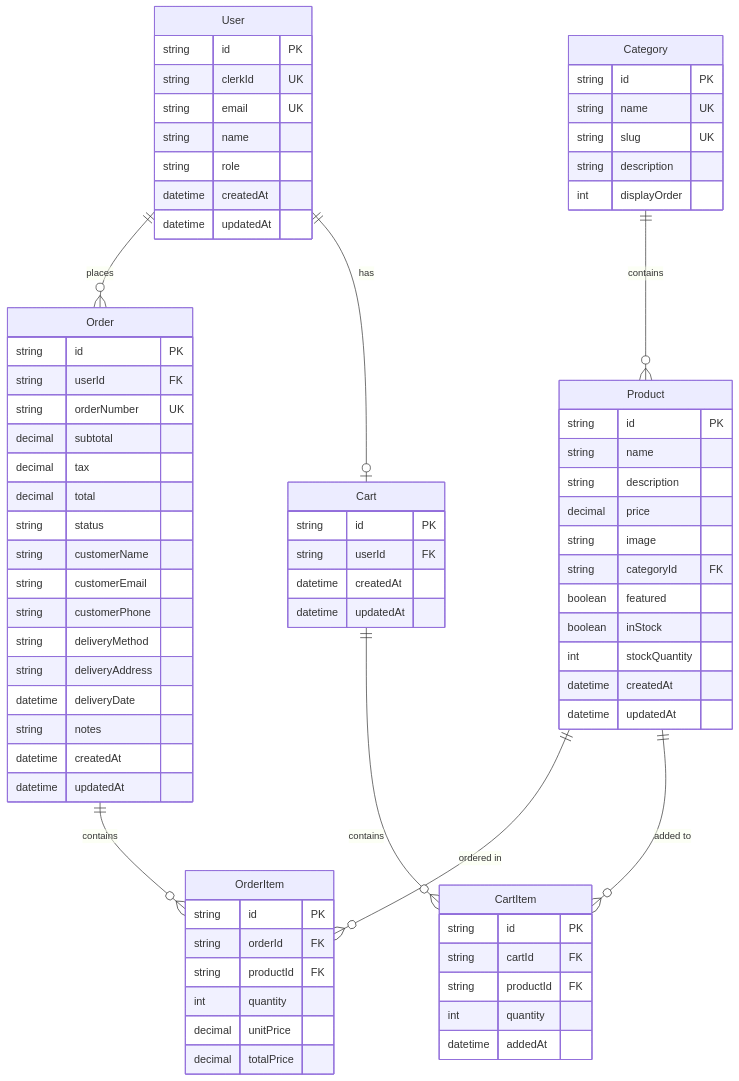
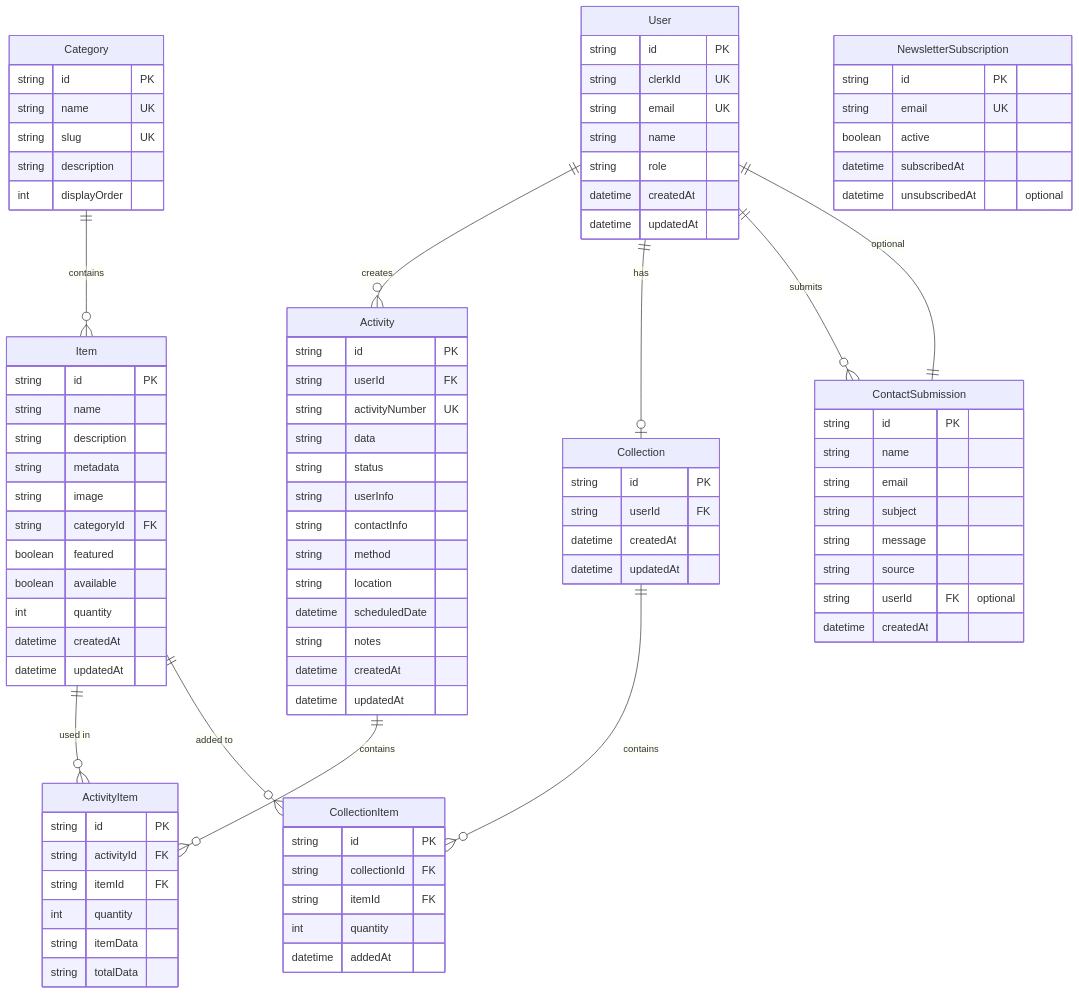
The diagram in docs/DATABASE.md (marcus888-techstack/template-monorepo), drawn with Mermaid before and after one commit. The commit also changed other lines of this file and 8 other files, not shown here.

````diff
--- a/docs/DATABASE.md
+++ b/docs/DATABASE.md
@@ -8,7 +8,8 @@
 ```mermaid
 erDiagram
-    User ||--o{ Order : places
-    User ||--o| Cart : has
+    User ||--o{ Activity : creates
+    User ||--o| Collection : has
+    User ||--o{ ContactSubmission : submits
     User {
         string id PK
         string clerkId UK
@@ -19,7 +20,7 @@
         datetime updatedAt
     }
     
-    Category ||--o{ Product : contains
+    Category ||--o{ Item : contains
     Category {
         string id PK
         string name UK
@@ -28,64 +29,81 @@
         int displayOrder
     }
     
-    Product ||--o{ OrderItem : "ordered in"
-    Product ||--o{ CartItem : "added to"
-    Product {
+    Item ||--o{ ActivityItem : "used in"
+    Item ||--o{ CollectionItem : "added to"
+    Item {
         string id PK
         string name
         string description
-        decimal price
+        string metadata
         string image
         string categoryId FK
         boolean featured
-        boolean inStock
-        int stockQuantity
+        boolean available
+        int quantity
         datetime createdAt
         datetime updatedAt
     }
     
-    Cart ||--o{ CartItem : contains
-    Cart {
+    Collection ||--o{ CollectionItem : contains
+    Collection {
         string id PK
         string userId FK
         datetime createdAt
         datetime updatedAt
     }
     
-    CartItem {
+    CollectionItem {
         string id PK
-        string cartId FK
-        string productId FK
+        string collectionId FK
+        string itemId FK
         int quantity
         datetime addedAt
     }
     
-    Order ||--o{ OrderItem : contains
-    Order {
+    Activity ||--o{ ActivityItem : contains
+    Activity {
         string id PK
         string userId FK
-        string orderNumber UK
-        decimal subtotal
-        decimal tax
-        decimal total
+        string activityNumber UK
+        string data
         string status
-        string customerName
-        string customerEmail
-        string customerPhone
-        string deliveryMethod
-        string deliveryAddress
-        datetime deliveryDate
+        string userInfo
+        string contactInfo
+        string method
+        string location
+        datetime scheduledDate
         string notes
         datetime createdAt
         datetime updatedAt
     }
     
-    OrderItem {
+    ActivityItem {
         string id PK
-        string orderId FK
-        string productId FK
+        string activityId FK
+        string itemId FK
         int quantity
-        decimal unitPrice
-        decimal totalPrice
+        string itemData
+        string totalData
+    }
+    
+    ContactSubmission ||--|| User : "optional"
+    ContactSubmission {
+        string id PK
+        string name
+        string email
+        string subject
+        string message
+        string source
+        string userId FK "optional"
+        datetime createdAt
+    }
+    
+    NewsletterSubscription {
+        string id PK
+        string email UK
+        boolean active
+        datetime subscribedAt
+        datetime unsubscribedAt "optional"
     }
 ```
````
